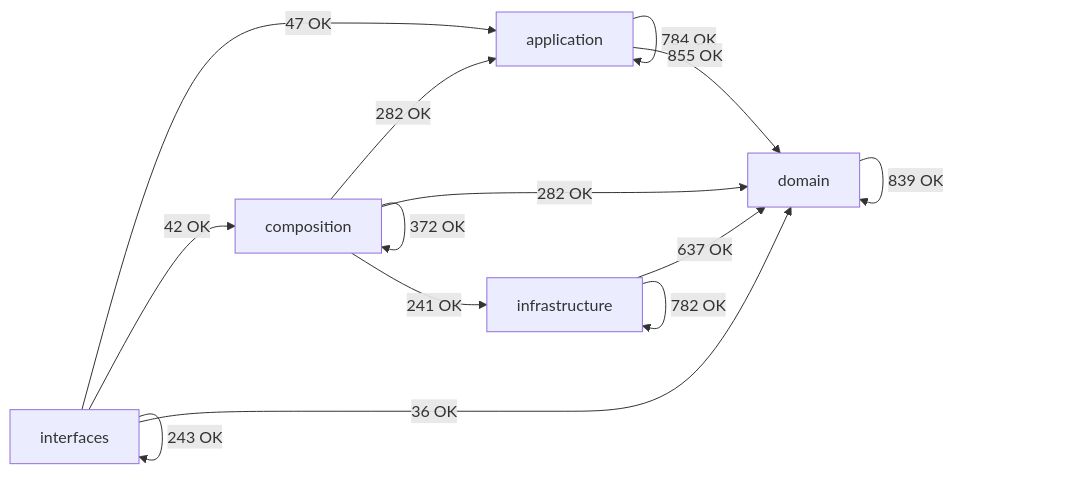
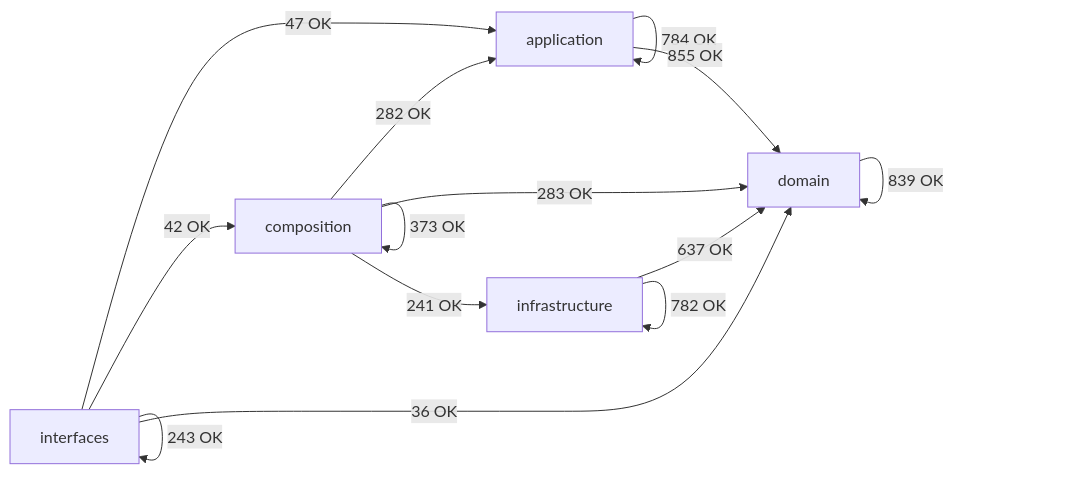
One commit to SatoryKono/BioactivityDataAcquisition changed the diagram in docs/02-architecture/generated/module-dependency-map.md. Above: the diagram before and after it, drawn with Mermaid. The commit also changed other lines of this file and 27 other files, not shown here.

````diff
--- a/docs/02-architecture/generated/module-dependency-map.md
+++ b/docs/02-architecture/generated/module-dependency-map.md
@@ -26,21 +26,21 @@
 ```mermaid
 flowchart LR
     domain[domain]
     application[application]
     infrastructure[infrastructure]
     composition[composition]
     interfaces[interfaces]
     application -->|784 OK| application
     application -->|855 OK| domain
     composition -->|282 OK| application
-    composition -->|372 OK| composition
-    composition -->|282 OK| domain
+    composition -->|373 OK| composition
+    composition -->|283 OK| domain
     composition -->|241 OK| infrastructure
     domain -->|839 OK| domain
     infrastructure -->|637 OK| domain
     infrastructure -->|782 OK| infrastructure
     interfaces -->|47 OK| application
     interfaces -->|42 OK| composition
     interfaces -->|36 OK| domain
     interfaces -->|243 OK| interfaces
 ```
````
